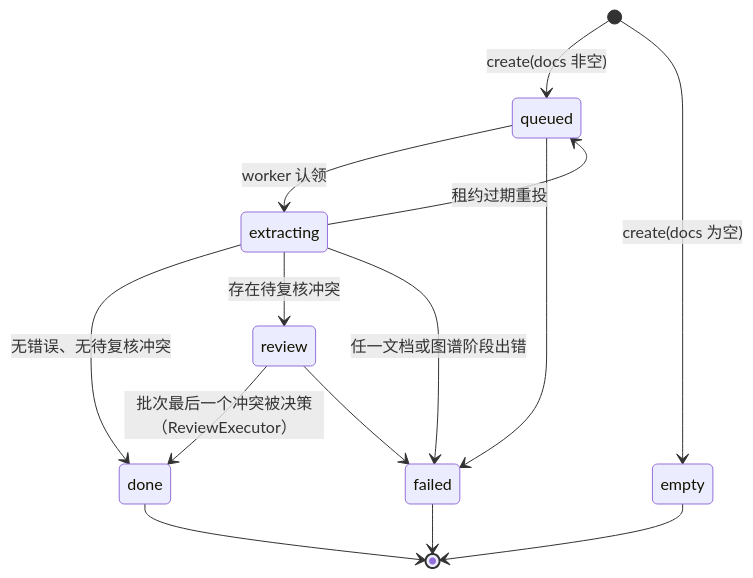
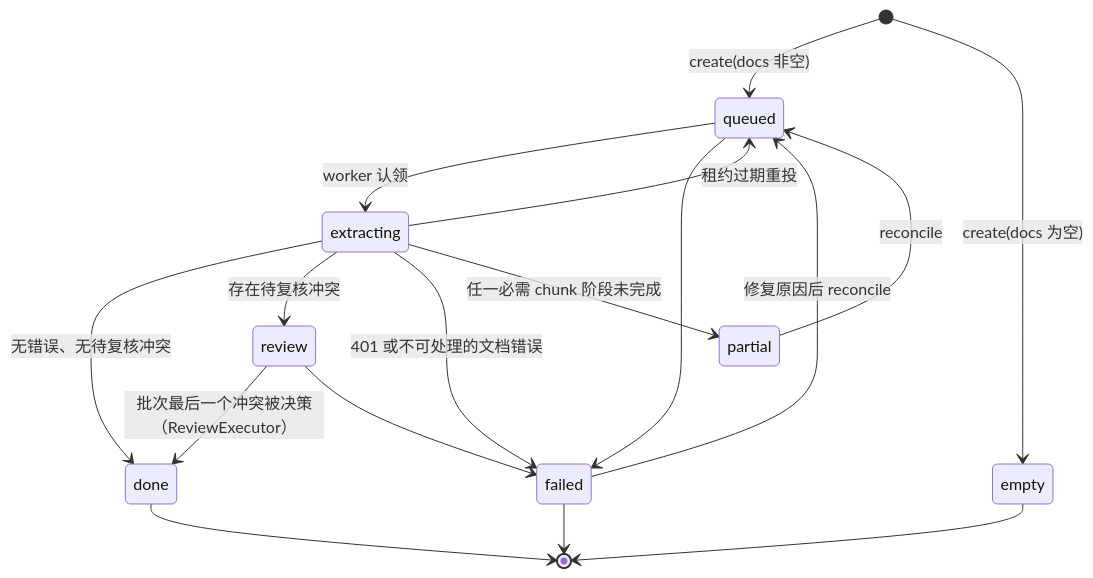
One commit to RightCloudhub/AG changed the fourth of 5 diagrams in docs/design/BUSINESS_LOGIC.md. Above: the diagram before and after it, drawn with Mermaid. The commit also changed other lines of this file and 54 other files, not shown here.

````diff
--- a/docs/design/BUSINESS_LOGIC.md
+++ b/docs/design/BUSINESS_LOGIC.md
@@ -168,16 +169,19 @@
 ```mermaid
 stateDiagram-v2
     [*] --> queued: create(docs 非空)
     [*] --> empty: create(docs 为空)
     queued --> extracting: worker 认领
     queued --> failed
     extracting --> queued: 租约过期重投
     extracting --> done: 无错误、无待复核冲突
     extracting --> review: 存在待复核冲突
-    extracting --> failed: 任一文档或图谱阶段出错
+    extracting --> failed: 401 或不可处理的文档错误
+    extracting --> partial: 任一必需 chunk 阶段未完成
+    partial --> queued: reconcile
+    failed --> queued: 修复原因后 reconcile
     review --> done: 批次最后一个冲突被决策（ReviewExecutor）
     review --> failed
     done --> [*]
     failed --> [*]
     empty --> [*]
 ```
````
